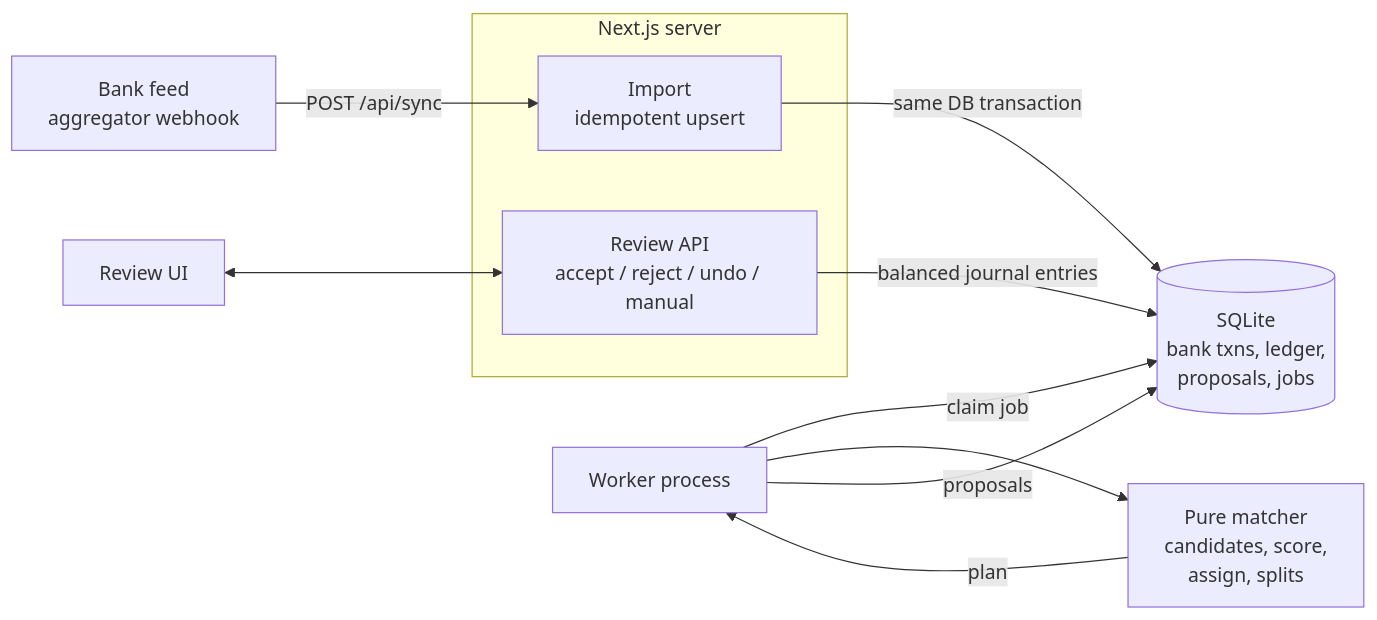
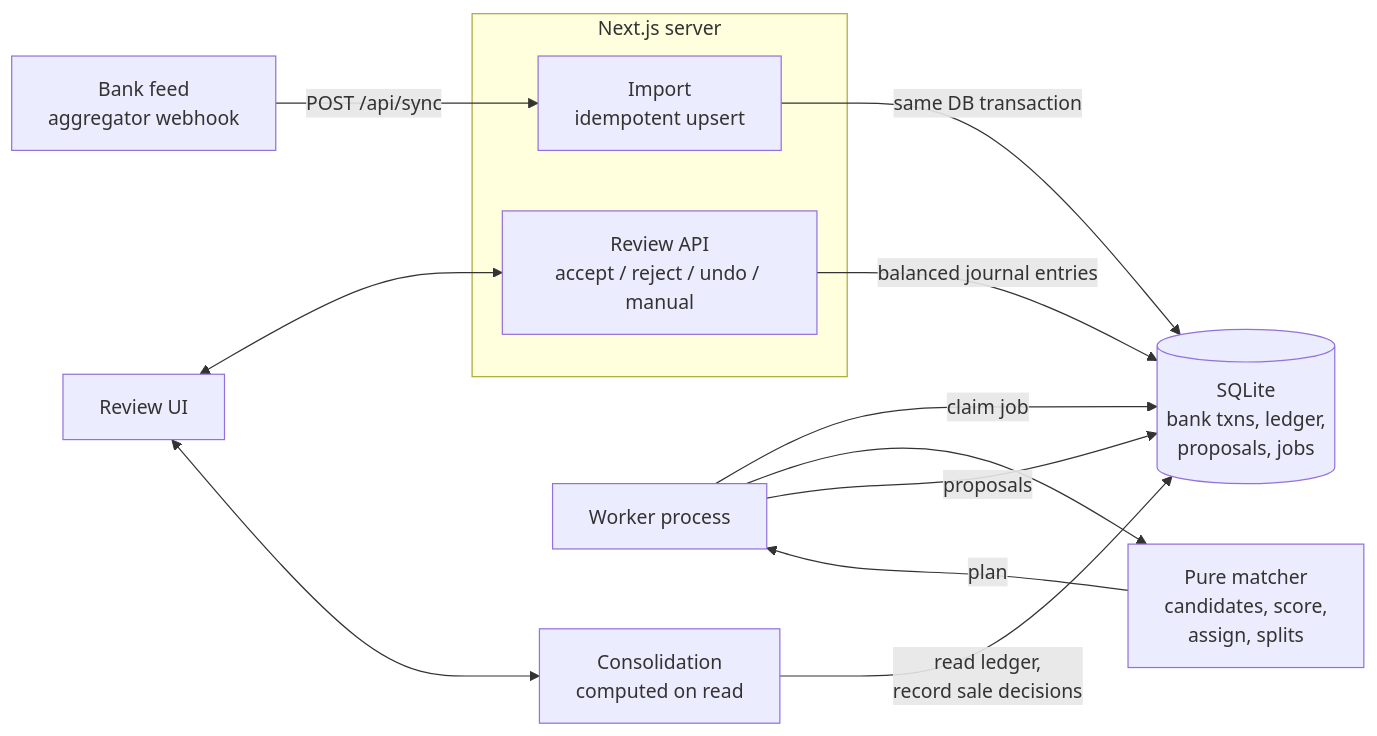
One commit to miscreantmoogly/transfer-matcher changed the first of 3 diagrams in README.md. Above: the diagram before and after it, drawn with Mermaid. The commit also changed other lines of this file and 15 other files, not shown here.

````diff
--- a/README.md
+++ b/README.md
@@ -102,15 +105,17 @@
 ```mermaid
 flowchart LR
     Bank[Bank feed<br/>aggregator webhook] -->|POST /api/sync| Import
     subgraph Web[Next.js server]
         Import[Import<br/>idempotent upsert]
         API[Review API<br/>accept / reject / undo / manual]
     end
     Import -->|same DB transaction| DB[(SQLite<br/>bank txns, ledger,<br/>proposals, jobs)]
     Worker[Worker process] -->|claim job| DB
     Worker --> Matcher[Pure matcher<br/>candidates, score,<br/>assign, splits]
     Matcher -->|plan| Worker
     Worker -->|proposals| DB
     UI[Review UI] <--> API
     API -->|balanced journal entries| DB
+    UI <--> Report[Consolidation<br/>computed on read]
+    Report -->|read ledger,<br/>record sale decisions| DB
 ```
````
